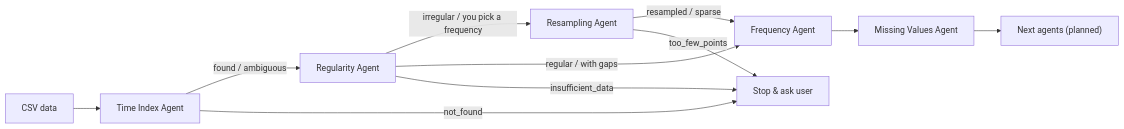
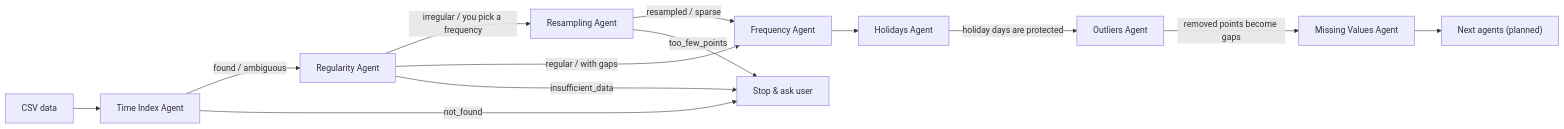
The diagram in README.md (shanudengre82/forecasting_agents), drawn with Mermaid before and after one commit. The commit also changed other lines of this file and 25 other files, not shown here.

First line of the commit message:
Add Holidays and Outliers agents

````diff
--- a/README.md
+++ b/README.md
@@ -66,21 +70,25 @@
 ```mermaid
 flowchart LR
   data["CSV data"]
   time_index["Time Index Agent"]
   regularity["Regularity Agent"]
   resampling["Resampling Agent"]
   frequency["Frequency Agent"]
+  holidays["Holidays Agent"]
+  outliers["Outliers Agent"]
   missing_values["Missing Values Agent"]
   stop["Stop & ask user"]
   next["Next agents (planned)"]
   data --> time_index
   time_index -->|found / ambiguous| regularity
   time_index -->|not_found| stop
   regularity -->|irregular / you pick a frequency| resampling
   regularity -->|regular / with gaps| frequency
   regularity -->|insufficient_data| stop
   resampling -->|resampled / sparse| frequency
   resampling -->|too_few_points| stop
-  frequency --> missing_values
+  frequency --> holidays
+  holidays -->|holiday days are protected| outliers
+  outliers -->|removed points become gaps| missing_values
   missing_values --> next
 ```
````
